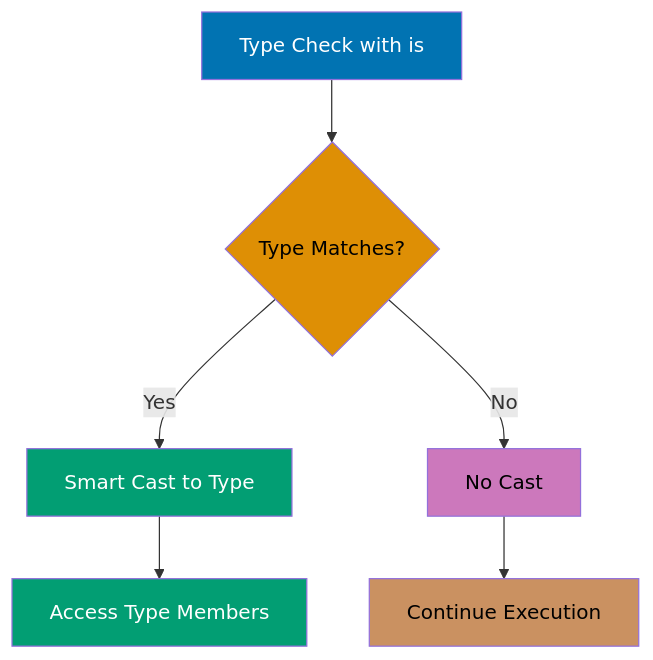
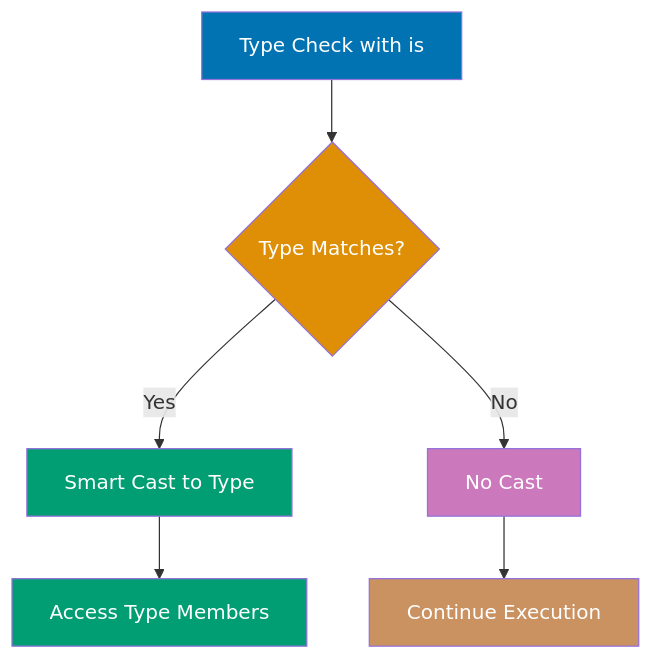
One commit to wahidyankf/open-sharia-enterprise changed the ninth of 9 diagrams in apps/ayokoding-web/content/en/learn/software-engineering/programming-languages/kotlin/by-example/beginner.md. Above: the diagram before and after it, drawn with Mermaid. The commit also changed other lines of this file and 61 other files, not shown here.

First line of the commit message:
fix(ayokoding-web): quote Mermaid node labels with special characters in Example 63

````diff
--- a/apps/ayokoding-web/content/en/learn/software-engineering/programming-languages/kotlin/by-example/beginner.md
+++ b/apps/ayokoding-web/content/en/learn/software-engineering/programming-languages/kotlin/by-example/beginner.md
@@ -2258,16 +2258,16 @@
 ```mermaid
 %% Smart cast flow
 graph TD
     A[Type Check with is] --> B{Type Matches?}
     B -->|Yes| C[Smart Cast to Type]
     B -->|No| D[No Cast]
     C --> E[Access Type Members]
     D --> F[Continue Execution]
 
     style A fill:#0173B2,color:#fff
-    style B fill:#DE8F05,color:#000
+    style B fill:#DE8F05,color:#fff
     style C fill:#029E73,color:#fff
-    style D fill:#CC78BC,color:#000
+    style D fill:#CC78BC,color:#fff
     style E fill:#029E73,color:#fff
-    style F fill:#CA9161,color:#000
+    style F fill:#CA9161,color:#fff
 ```
````
